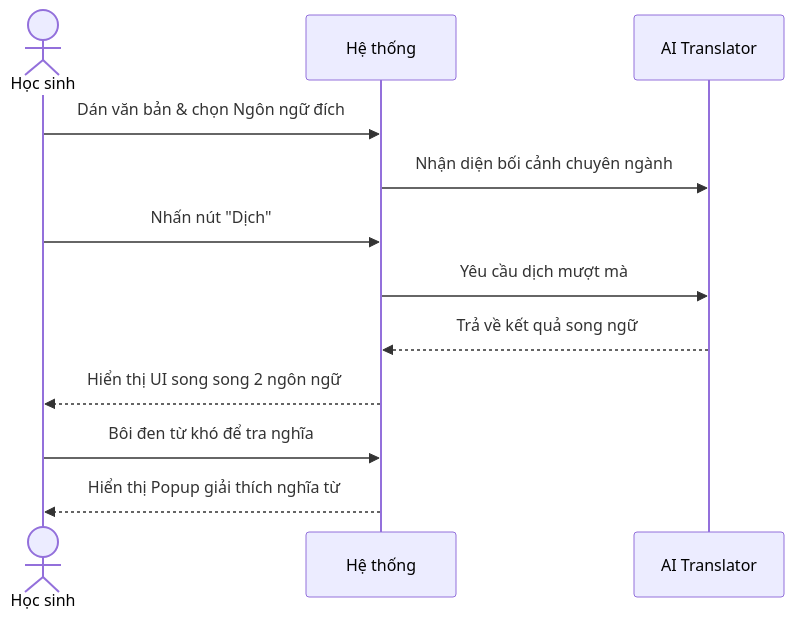
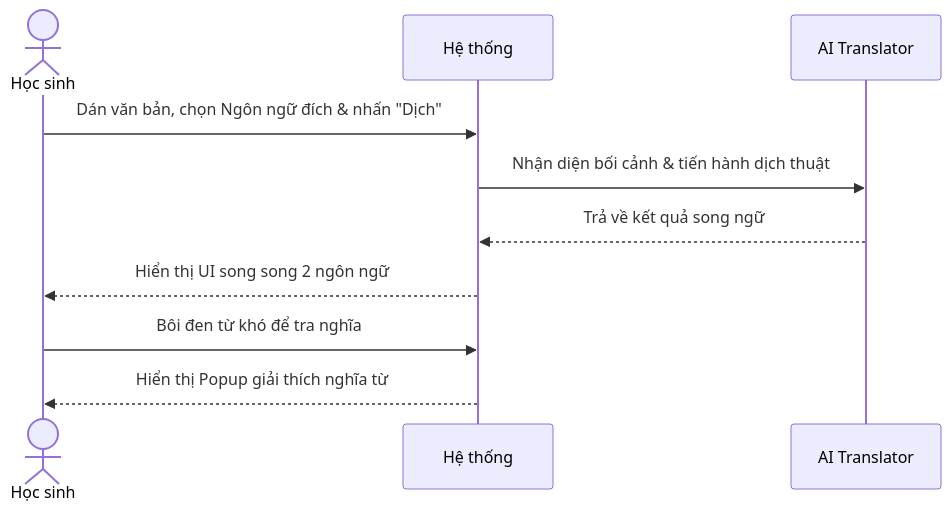
The eighth of 8 diagrams in docs/usecase/nhom_5_magicstudent.md (Cong-ty-TNNH-Q-Tech/Q-School), drawn with Mermaid before and after one commit. The commit also changed other lines of this file and 4 other files, not shown here.

Commit message:
docs(usecase): standardize all tables and sequence diagrams, fix temporal logic and AI roles

````diff
--- a/docs/usecase/nhom_5_magicstudent.md
+++ b/docs/usecase/nhom_5_magicstudent.md
@@ -260,15 +218,13 @@
 ```mermaid
 sequenceDiagram
     actor HS as Học sinh
     participant HT as Hệ thống
     participant AI as AI Translator
 
-    HS->>HT: Dán văn bản & chọn Ngôn ngữ đích
-    HT->>AI: Nhận diện bối cảnh chuyên ngành
-    HS->>HT: Nhấn nút "Dịch"
-    HT->>AI: Yêu cầu dịch mượt mà
+    HS->>HT: Dán văn bản, chọn Ngôn ngữ đích & nhấn "Dịch"
+    HT->>AI: Nhận diện bối cảnh & tiến hành dịch thuật
     AI-->>HT: Trả về kết quả song ngữ
     HT-->>HS: Hiển thị UI song song 2 ngôn ngữ
     HS->>HT: Bôi đen từ khó để tra nghĩa
     HT-->>HS: Hiển thị Popup giải thích nghĩa từ
 ```
````
